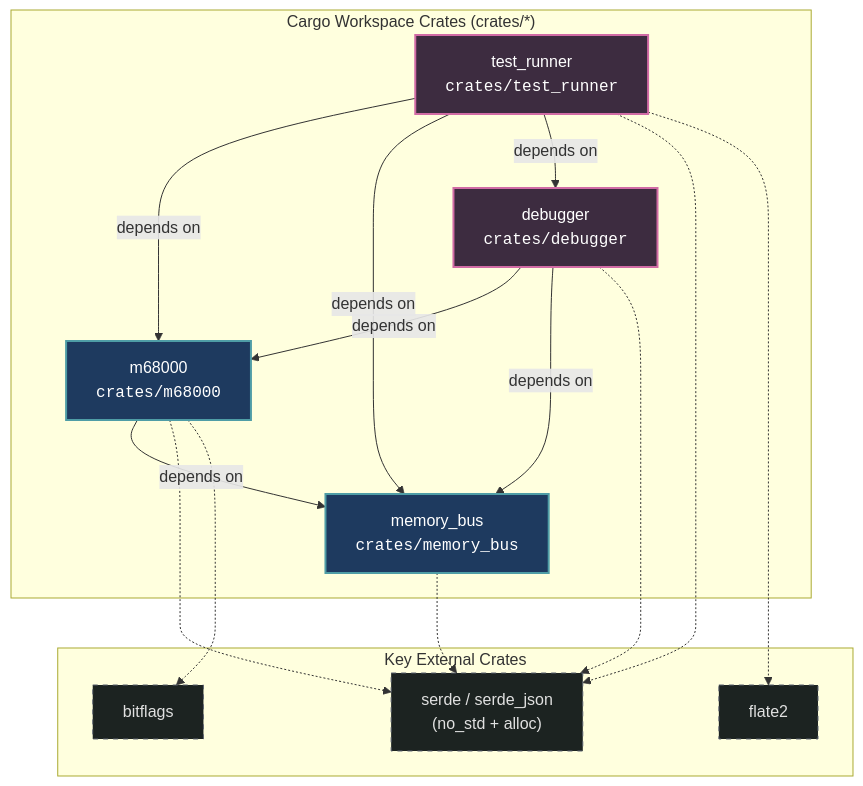
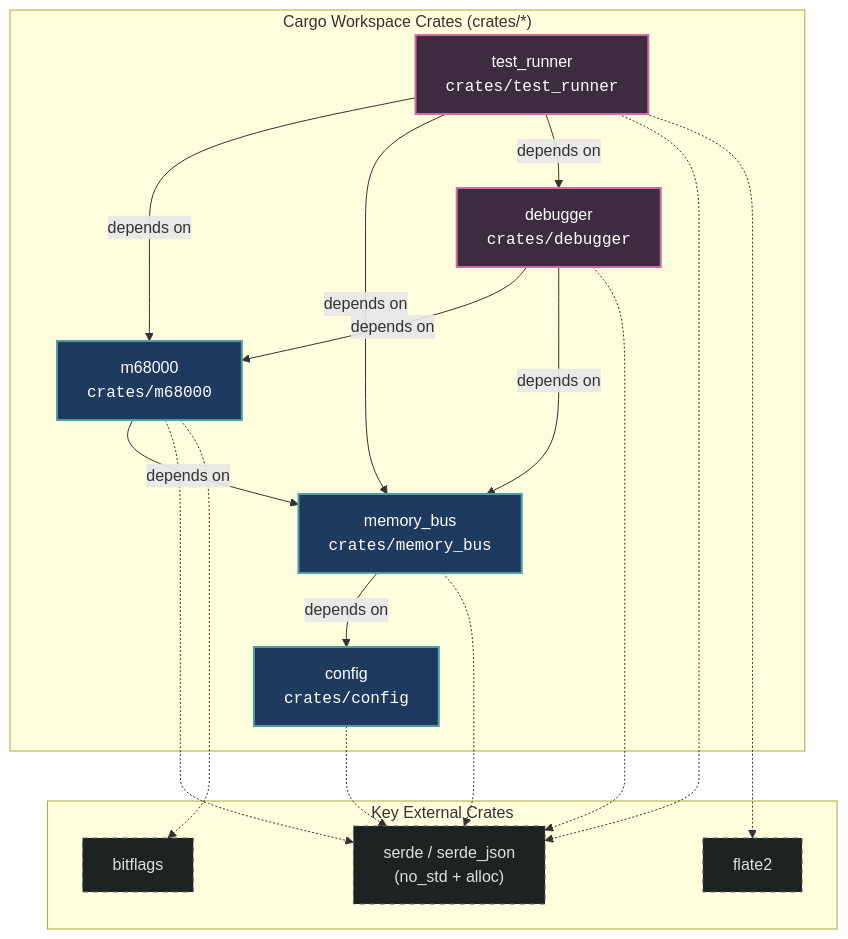
One commit to tomek-anuszkiewicz/amiga-studio changed the second of 2 diagrams in Obsidian/Amiga/Design/General Architecture.md. Above: the diagram before and after it, drawn with Mermaid. The commit also changed other lines of this file and 9 other files, not shown here.

Commit message:
feat: implement memory bus architecture with configurable memory mapping and RAM support

````diff
--- a/Obsidian/Amiga/Design/General Architecture.md
+++ b/Obsidian/Amiga/Design/General Architecture.md
@@ -37,35 +37,38 @@
 ```mermaid
 graph TD
     classDef core fill:#1e3a5f,stroke:#4f9da6,stroke-width:2px,color:#ffffff;
     classDef tool fill:#3d2c40,stroke:#d16ba5,stroke-width:2px,color:#ffffff;
     classDef ext fill:#1c2321,stroke:#5e6472,stroke-width:1px,stroke-dasharray: 5 5,color:#e0e0e0;
 
     subgraph WorkspaceCrates["Cargo Workspace Crates (crates/*)"]
+        CFG["config<br/><code>crates/config</code>"]:::core
         MEM["memory_bus<br/><code>crates/memory_bus</code>"]:::core
         CPU["m68000<br/><code>crates/m68000</code>"]:::core
         DBG["debugger<br/><code>crates/debugger</code>"]:::tool
         TR["test_runner<br/><code>crates/test_runner</code>"]:::tool
     end
 
     subgraph ExternalDeps["Key External Crates"]
         SERDE["serde / serde_json<br/>(no_std + alloc)"]:::ext
         BF["bitflags"]:::ext
         GZ["flate2"]:::ext
     end
 
     %% Internal Dependencies
+    MEM -->|depends on| CFG
     CPU -->|depends on| MEM
     DBG -->|depends on| CPU
     DBG -->|depends on| MEM
     TR -->|depends on| CPU
     TR -->|depends on| MEM
     TR -->|depends on| DBG
 
     %% External Dependencies
+    CFG -.-> SERDE
     MEM -.-> SERDE
     CPU -.-> SERDE
     CPU -.-> BF
     DBG -.-> SERDE
     TR -.-> SERDE
     TR -.-> GZ
 ```
````
